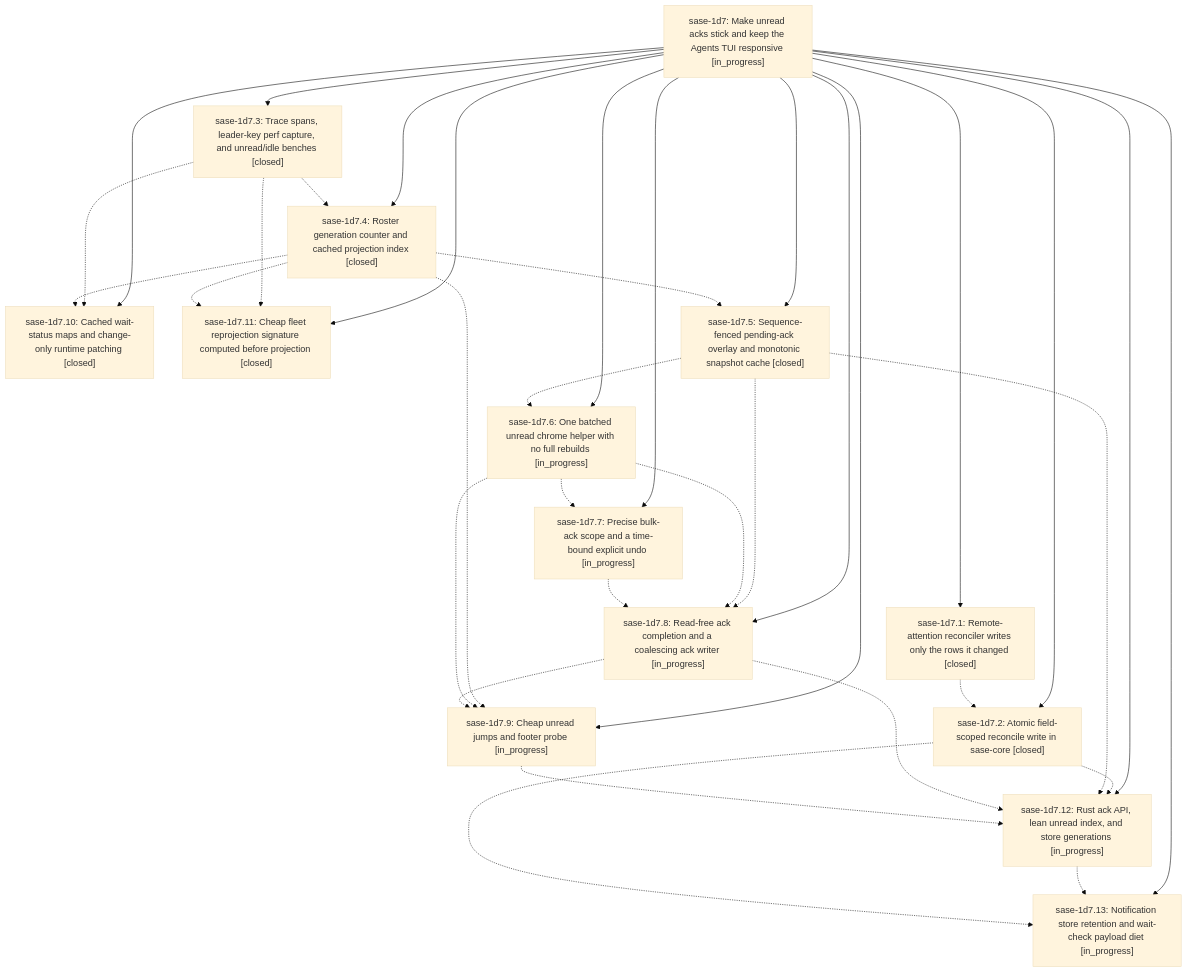
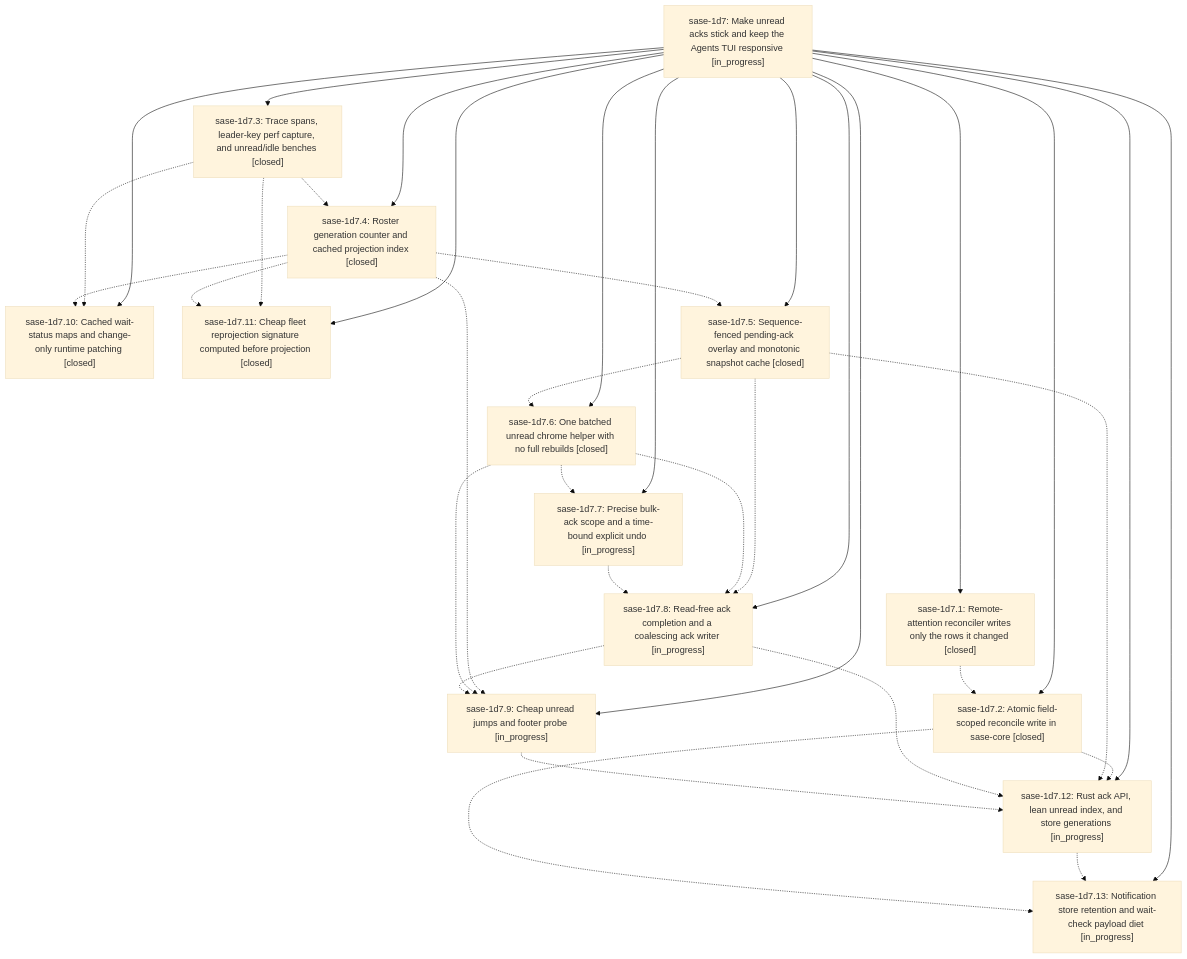
One commit to sase-org/sase--beads changed the diagram in pages/sase-1d7/README.md. Above: the diagram before and after it, drawn with Mermaid (base theme). The commit also changed other lines of this file and 6 other files, not shown here.

````diff
--- a/pages/sase-1d7/README.md
+++ b/pages/sase-1d7/README.md
@@ -34,51 +34,51 @@
 ```mermaid
 flowchart TD
     n0["sase-1d7: Make unread acks stick and keep the Agents TUI responsive [in_progress]"]
     n1["sase-1d7.1: Remote-attention reconciler writes only the rows it changed [closed]"]
     n2["sase-1d7.10: Cached wait-status maps and change-only runtime patching [closed]"]
     n3["sase-1d7.11: Cheap fleet reprojection signature computed before projection [closed]"]
     n4["sase-1d7.12: Rust ack API, lean unread index, and store generations [in_progress]"]
     n5["sase-1d7.13: Notification store retention and wait-check payload diet [in_progress]"]
     n6["sase-1d7.2: Atomic field-scoped reconcile write in sase-core [closed]"]
     n7["sase-1d7.3: Trace spans, leader-key perf capture, and unread/idle benches [closed]"]
     n8["sase-1d7.4: Roster generation counter and cached projection index [closed]"]
     n9["sase-1d7.5: Sequence-fenced pending-ack overlay and monotonic snapshot cache [closed]"]
-    n10["sase-1d7.6: One batched unread chrome helper with no full rebuilds [in_progress]"]
+    n10["sase-1d7.6: One batched unread chrome helper with no full rebuilds [closed]"]
     n11["sase-1d7.7: Precise bulk-ack scope and a time-bound explicit undo [in_progress]"]
     n12["sase-1d7.8: Read-free ack completion and a coalescing ack writer [in_progress]"]
     n13["sase-1d7.9: Cheap unread jumps and footer probe [in_progress]"]
     n0 --> n1
     n0 --> n2
     n0 --> n3
     n0 --> n4
     n0 --> n5
     n0 --> n6
     n0 --> n7
     n0 --> n8
     n0 --> n9
     n0 --> n10
     n0 --> n11
     n0 --> n12
     n0 --> n13
     n1 -.-> n6
     n4 -.-> n5
     n6 -.-> n4
     n6 -.-> n5
     n7 -.-> n2
     n7 -.-> n3
     n7 -.-> n8
     n8 -.-> n2
     n8 -.-> n3
     n8 -.-> n9
     n8 -.-> n13
     n9 -.-> n4
     n9 -.-> n10
     n9 -.-> n12
     n10 -.-> n11
     n10 -.-> n12
     n10 -.-> n13
     n11 -.-> n12
     n12 -.-> n4
     n12 -.-> n13
     n13 -.-> n4
 ```
````
